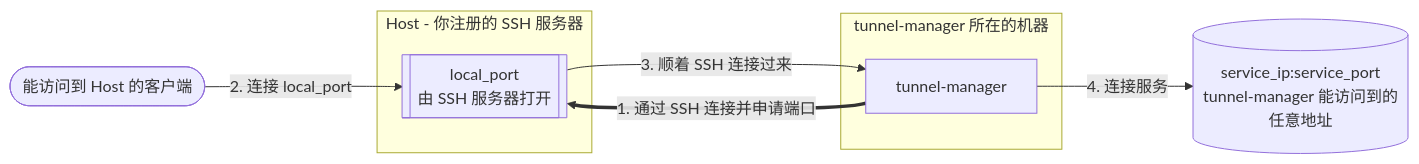
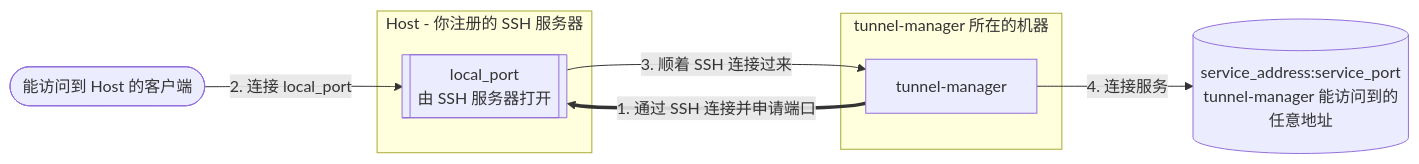
Before and after one commit to jollaman999/tunnel-manager: the first of 2 diagrams in docs/README.zh.md, drawn with Mermaid. The commit also changed other lines of this file and 21 other files, not shown here.

````diff
--- a/docs/README.zh.md
+++ b/docs/README.zh.md
@@ -18,16 +18,16 @@
 ```mermaid
 flowchart LR
     client(["能访问到 Host 的客户端"])
     subgraph host ["Host - 你注册的 SSH 服务器"]
         port[["local_port<br/>由 SSH 服务器打开"]]
     end
     subgraph here ["tunnel-manager 所在的机器"]
         tm["tunnel-manager"]
     end
-    service[("service_ip:service_port<br/>tunnel-manager 能访问到的任意地址")]
+    service[("service_address:service_port<br/>tunnel-manager 能访问到的任意地址")]
 
     tm ==>|"1. 通过 SSH 连接并申请端口"| port
     client -->|"2. 连接 local_port"| port
     port -->|"3. 顺着 SSH 连接过来"| tm
     tm -->|"4. 连接服务"| service
 ```
````
